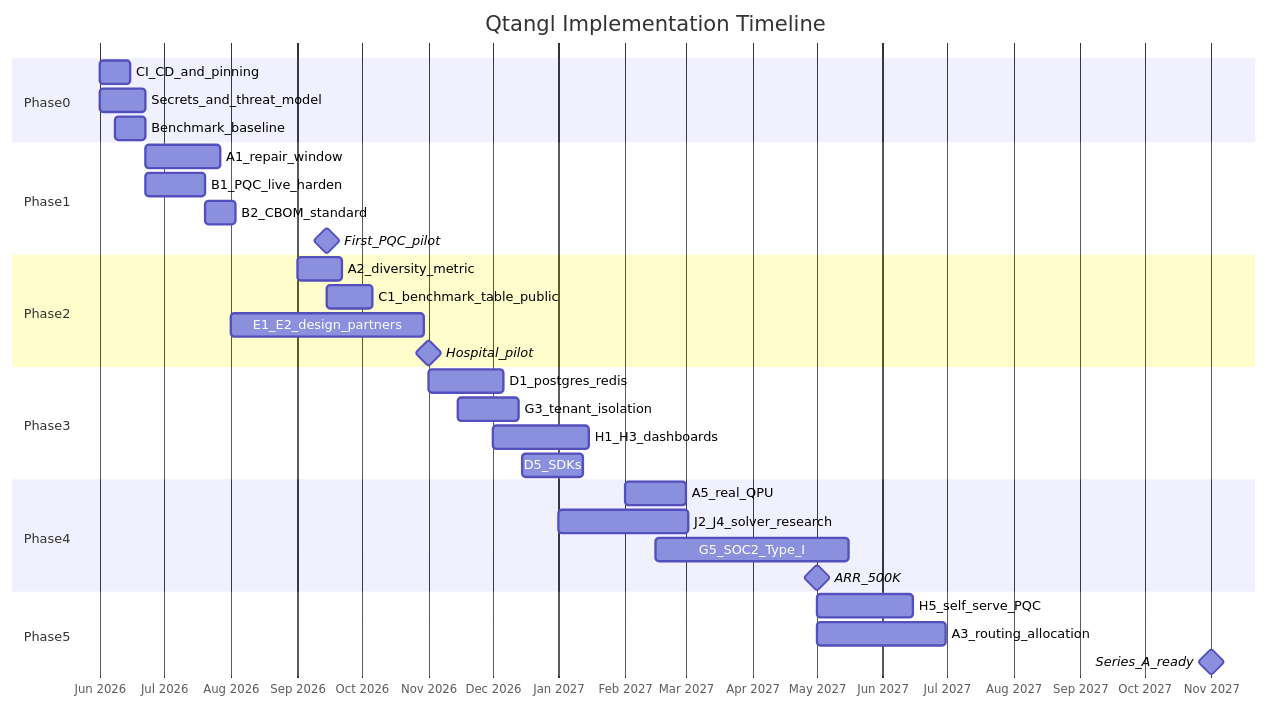
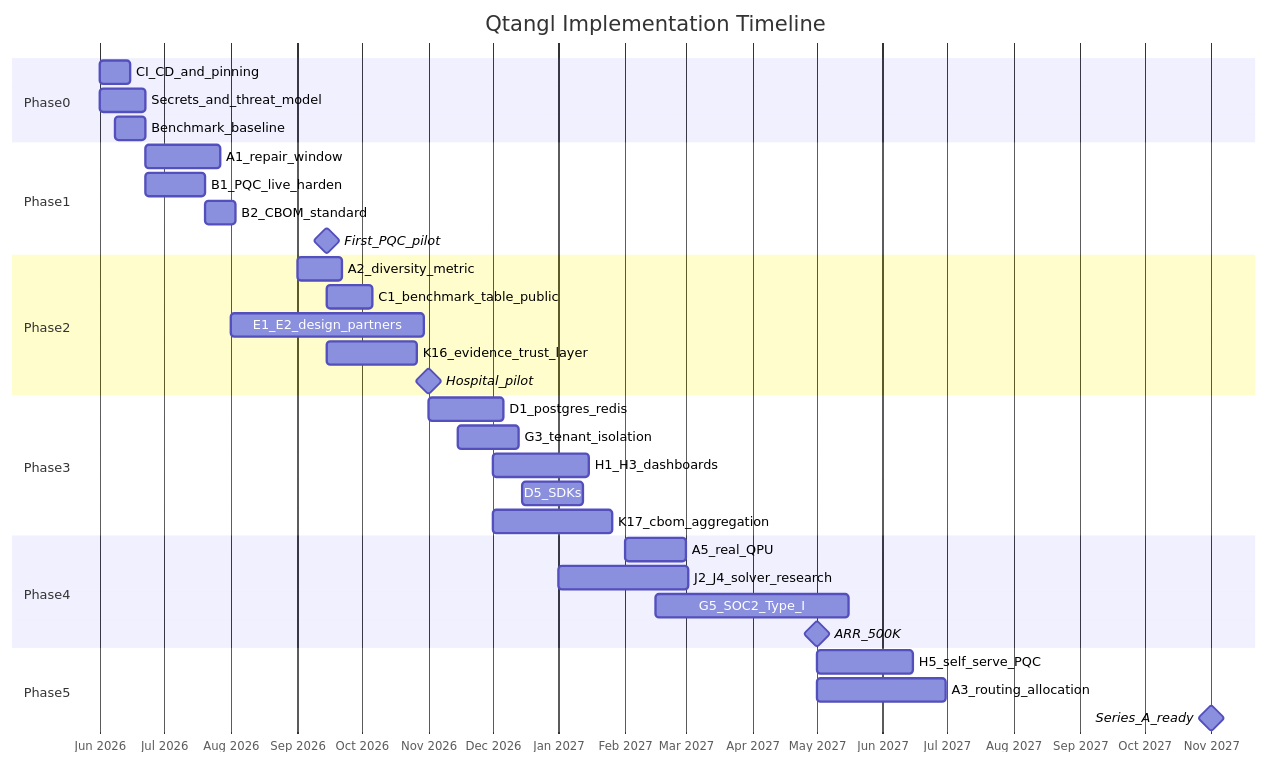
The diagram in roadmap/optimization_OLD_FUTURE/15-timeline-and-milestones.md (charley-forey/qtangl), drawn with Mermaid before and after one commit. The commit also changed other lines of this file and 61 other files, not shown here.

First line of the commit message:
Add evidence layer and multi-source CBOM ingestion.

````diff
--- a/roadmap/optimization_OLD_FUTURE/15-timeline-and-milestones.md
+++ b/roadmap/optimization_OLD_FUTURE/15-timeline-and-milestones.md
@@ -24,40 +62,42 @@
 ```mermaid
 gantt
   title Qtangl Implementation Timeline
   dateFormat YYYY-MM-DD
   axisFormat %b %Y
 
   section Phase0
   CI_CD_and_pinning           :p0a, 2026-06-01, 14d
   Secrets_and_threat_model    :p0b, 2026-06-01, 21d
   Benchmark_baseline          :p0c, 2026-06-08, 14d
 
   section Phase1
   A1_repair_window            :p1a, 2026-06-22, 35d
   B1_PQC_live_harden          :p1b, 2026-06-22, 28d
   B2_CBOM_standard            :p1c, 2026-07-20, 14d
   First_PQC_pilot             :milestone, p1m, 2026-09-15, 0d
 
   section Phase2
   A2_diversity_metric         :p2a, 2026-09-01, 21d
   C1_benchmark_table_public   :p2b, 2026-09-15, 21d
   E1_E2_design_partners       :p2c, 2026-08-01, 90d
+  K16_evidence_trust_layer    :k16, 2026-09-15, 42d
   Hospital_pilot              :milestone, p2m, 2026-11-01, 0d
 
   section Phase3
   D1_postgres_redis           :p3a, 2026-11-01, 35d
   G3_tenant_isolation         :p3b, 2026-11-15, 28d
   H1_H3_dashboards            :p3c, 2026-12-01, 45d
   D5_SDKs                     :p3d, 2026-12-15, 28d
+  K17_cbom_aggregation        :k17, 2026-12-01, 56d
 
   section Phase4
   A5_real_QPU                 :p4a, 2027-02-01, 28d
   J2_J4_solver_research       :p4b, 2027-01-01, 60d
   G5_SOC2_Type_I              :p4c, 2027-02-15, 90d
   ARR_500K                    :milestone, p4m, 2027-05-01, 0d
 
   section Phase5
   H5_self_serve_PQC           :p5a, 2027-05-01, 45d
   A3_routing_allocation       :p5b, 2027-05-01, 60d
   Series_A_ready              :milestone, p5m, 2027-11-01, 0d
 ```
````
